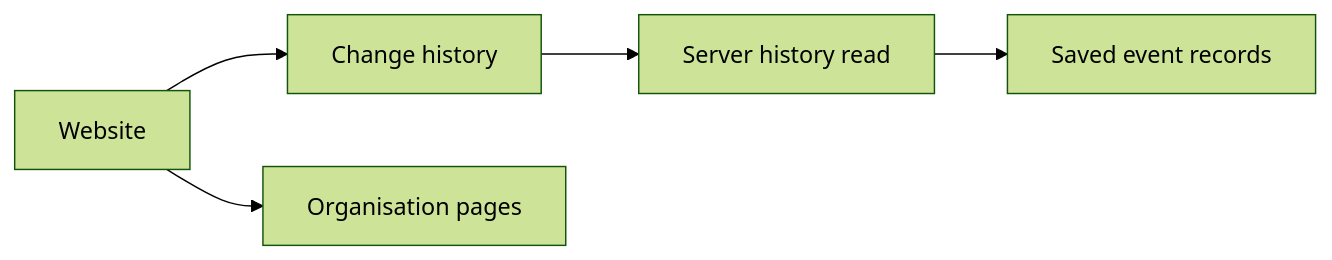
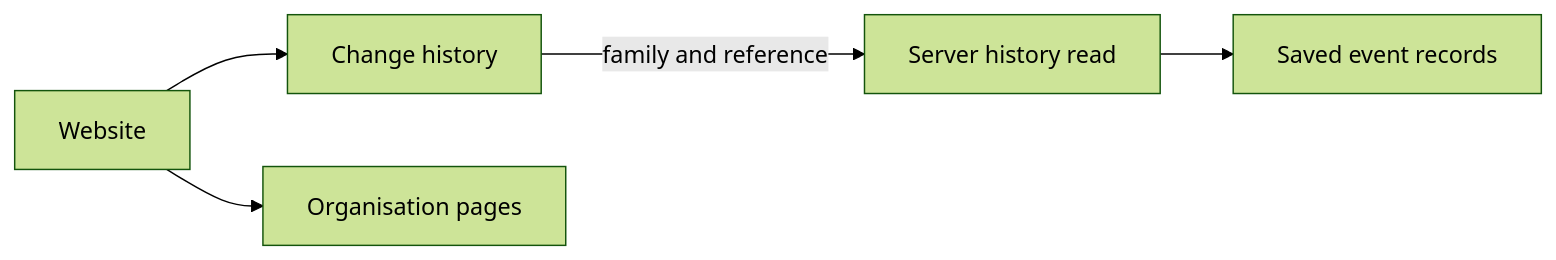
Before and after one commit to elewa-git/opencrane-new: the diagram in apps/web/src/app/audit/README.md, drawn with Mermaid (forest theme). The commit also changed other lines of this file and 17 other files, not shown here.

````diff
--- a/apps/web/src/app/audit/README.md
+++ b/apps/web/src/app/audit/README.md
@@ -13,7 +13,7 @@
 ```mermaid
 flowchart LR
   website[Website] --> history[Change history]
   website --> organisation[Organisation pages]
-  history --> server[Server history read]
+  history -->|family and reference| server[Server history read]
   server --> records[Saved event records]
 ```
````
